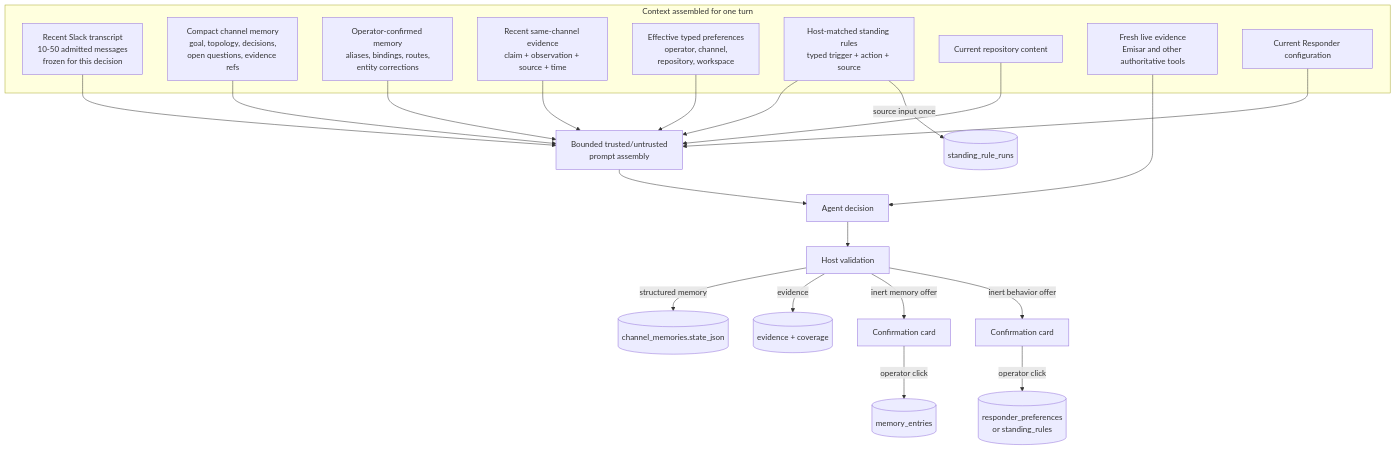
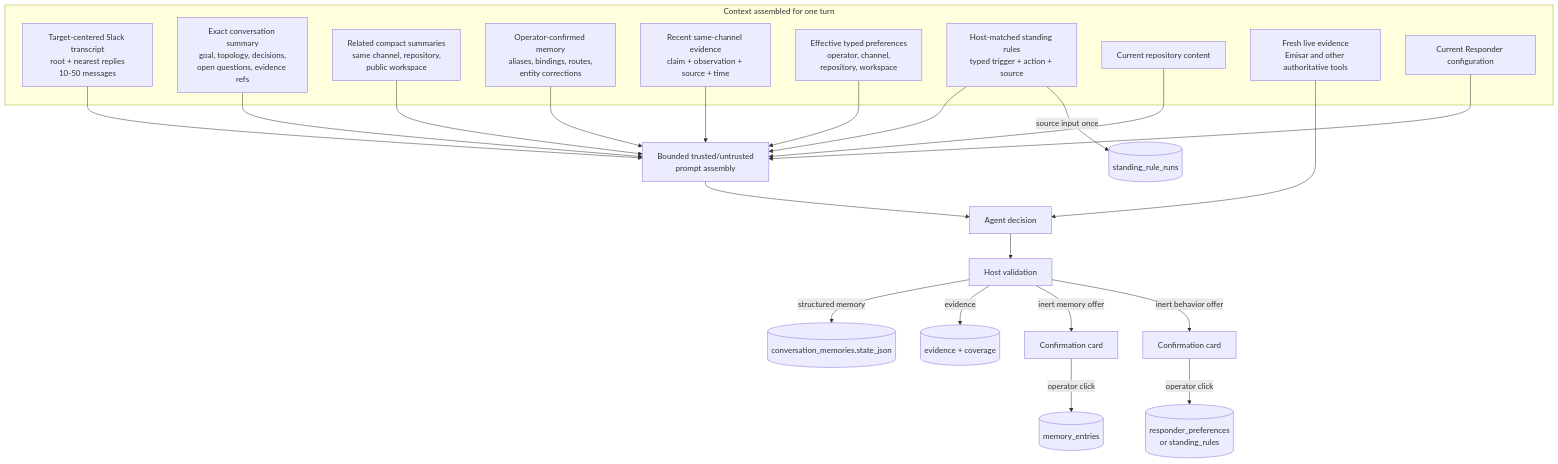
One commit to AndrewDryga/ryker changed the fifth of 11 diagrams in docs/how-responder-works.md. Above: the diagram before and after it, drawn with Mermaid. The commit also changed other lines of this file and 57 other files, not shown here.

````diff
--- a/docs/how-responder-works.md
+++ b/docs/how-responder-works.md
@@ -269,37 +271,39 @@
 ```mermaid
 flowchart TB
   subgraph Inputs["Context assembled for one turn"]
-    Recent["Recent Slack transcript<br/>10-50 admitted messages<br/>frozen for this decision"]
-    Compact["Compact channel memory<br/>goal, topology, decisions,<br/>open questions, evidence refs"]
+    Recent["Target-centered Slack transcript<br/>root + nearest replies<br/>10-50 messages"]
+    Compact["Exact conversation summary<br/>goal, topology, decisions,<br/>open questions, evidence refs"]
+    Related["Related compact summaries<br/>same channel, repository,<br/>public workspace"]
     Confirmed["Operator-confirmed memory<br/>aliases, bindings, routes,<br/>entity corrections"]
     Evidence["Recent same-channel evidence<br/>claim + observation + source + time"]
     Preferences["Effective typed preferences<br/>operator, channel,<br/>repository, workspace"]
     Rules["Host-matched standing rules<br/>typed trigger + action + source"]
     Repository["Current repository content"]
     Live["Fresh live evidence<br/>Emisar and other authoritative tools"]
     Config["Current Responder configuration"]
   end
 
   Prompt["Bounded trusted/untrusted<br/>prompt assembly"]
   Agent["Agent decision"]
   Validate["Host validation"]
 
   Recent --> Prompt
   Compact --> Prompt
+  Related --> Prompt
   Confirmed --> Prompt
   Evidence --> Prompt
   Preferences --> Prompt
   Rules --> Prompt
   Repository --> Prompt
   Live --> Agent
   Config --> Prompt
   Prompt --> Agent --> Validate
 
-  Validate -->|"structured memory"| CompactStore[("channel_memories.state_json")]
+  Validate -->|"structured memory"| CompactStore[("conversation_memories.state_json")]
   Validate -->|"evidence"| EvidenceStore[("evidence + coverage")]
   Validate -->|"inert memory offer"| MemoryCard["Confirmation card"]
   Validate -->|"inert behavior offer"| BehaviorCard["Confirmation card"]
   MemoryCard -->|"operator click"| MemoryStore[("memory_entries")]
   BehaviorCard -->|"operator click"| BehaviorStore[("responder_preferences<br/>or standing_rules")]
   Rules -->|"source input once"| RuleRuns[("standing_rule_runs")]
 ```
````
